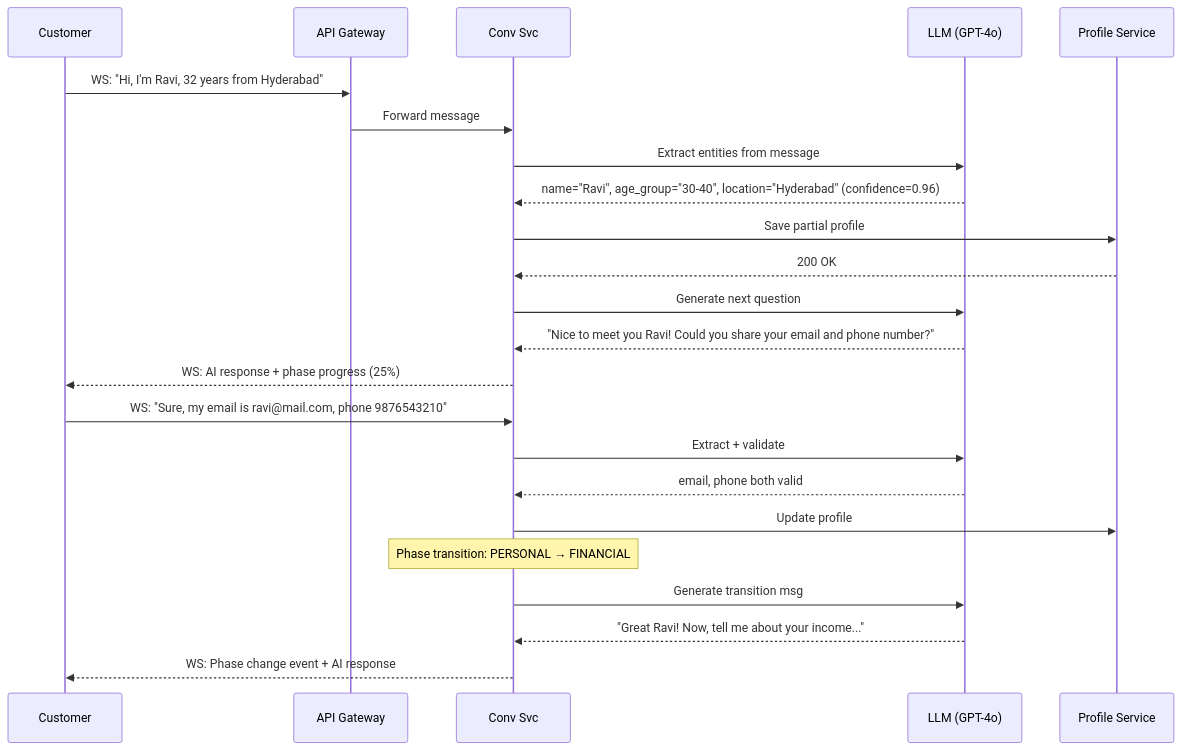
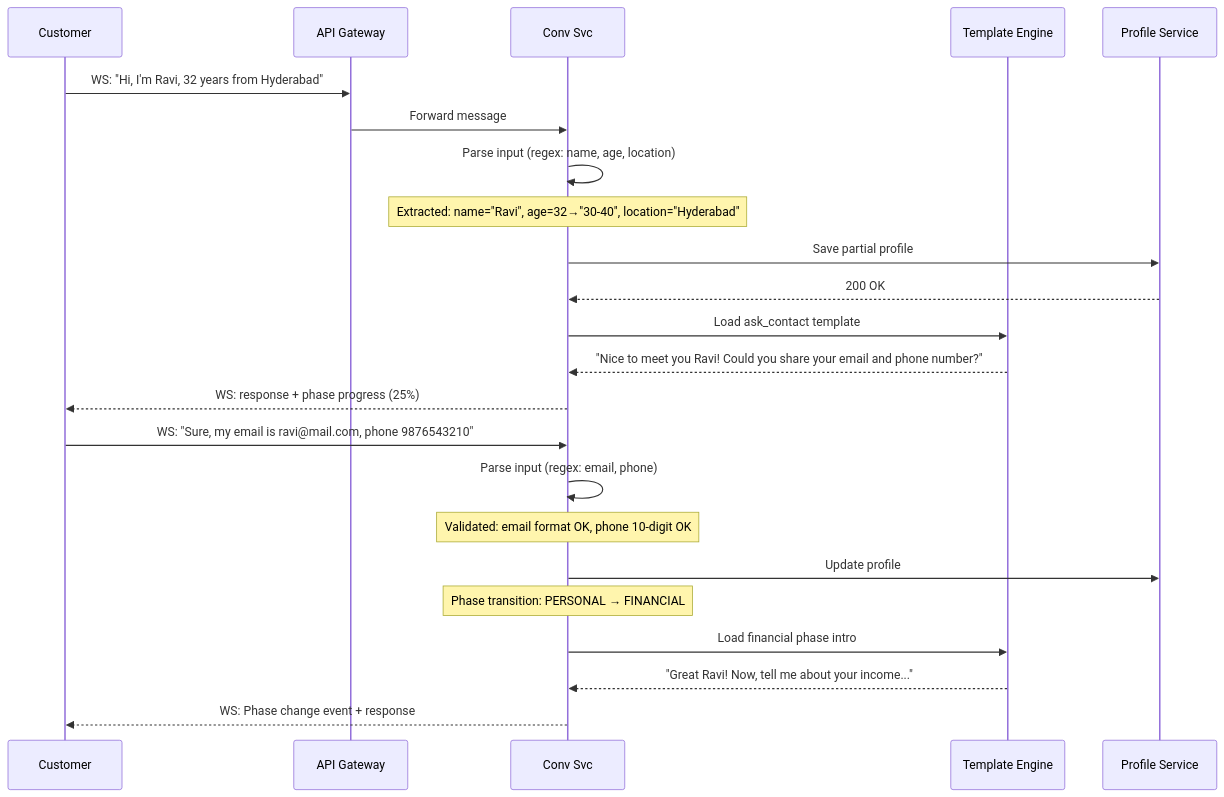
Before and after one commit to Cognition-Partner-Workshops/uc-framework-upgrade-monolith-to-microservices: the second of 20 diagrams in docs/design/05-sequence-diagrams.md, drawn with Mermaid. The commit also changed other lines of this file and 4 other files, not shown here.

````diff
--- a/docs/design/05-sequence-diagrams.md
+++ b/docs/design/05-sequence-diagrams.md
@@ -66,27 +67,27 @@
 ```mermaid
 sequenceDiagram
     participant C as Customer
     participant GW as API Gateway
     participant CS as Conv Svc
-    participant LLM as LLM (GPT-4o)
+    participant TE as Template Engine
     participant PS as Profile Service
 
     C->>GW: WS: "Hi, I'm Ravi, 32 years from Hyderabad"
     GW->>CS: Forward message
-    CS->>LLM: Extract entities from message
-    LLM-->>CS: name="Ravi", age_group="30-40", location="Hyderabad" (confidence=0.96)
+    CS->>CS: Parse input (regex: name, age, location)
+    Note over CS: Extracted: name="Ravi", age=32→"30-40", location="Hyderabad"
     CS->>PS: Save partial profile
     PS-->>CS: 200 OK
-    CS->>LLM: Generate next question
-    LLM-->>CS: "Nice to meet you Ravi! Could you share your email and phone number?"
-    CS-->>C: WS: AI response + phase progress (25%)
+    CS->>TE: Load ask_contact template
+    TE-->>CS: "Nice to meet you Ravi! Could you share your email and phone number?"
+    CS-->>C: WS: response + phase progress (25%)
 
     C->>CS: WS: "Sure, my email is ravi@mail.com, phone 9876543210"
-    CS->>LLM: Extract + validate
-    LLM-->>CS: email, phone both valid
+    CS->>CS: Parse input (regex: email, phone)
+    Note over CS: Validated: email format OK, phone 10-digit OK
     CS->>PS: Update profile
     Note over CS: Phase transition: PERSONAL → FINANCIAL
-    CS->>LLM: Generate transition msg
-    LLM-->>CS: "Great Ravi! Now, tell me about your income..."
-    CS-->>C: WS: Phase change event + AI response
+    CS->>TE: Load financial phase intro
+    TE-->>CS: "Great Ravi! Now, tell me about your income..."
+    CS-->>C: WS: Phase change event + response
 ```
````
